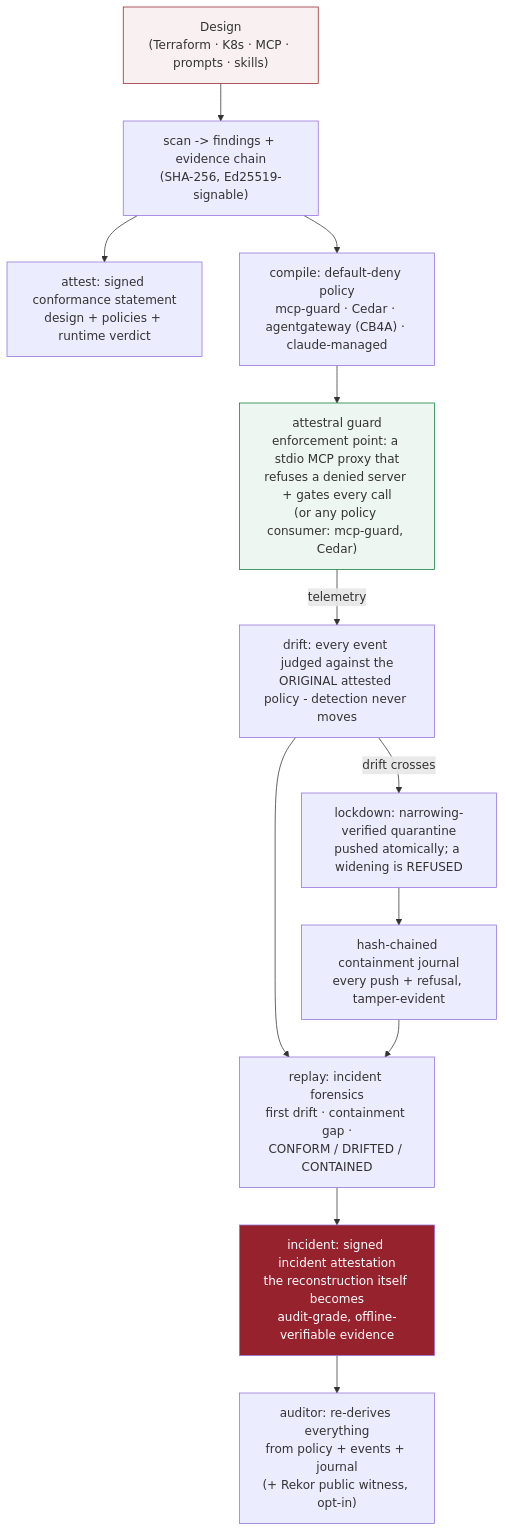
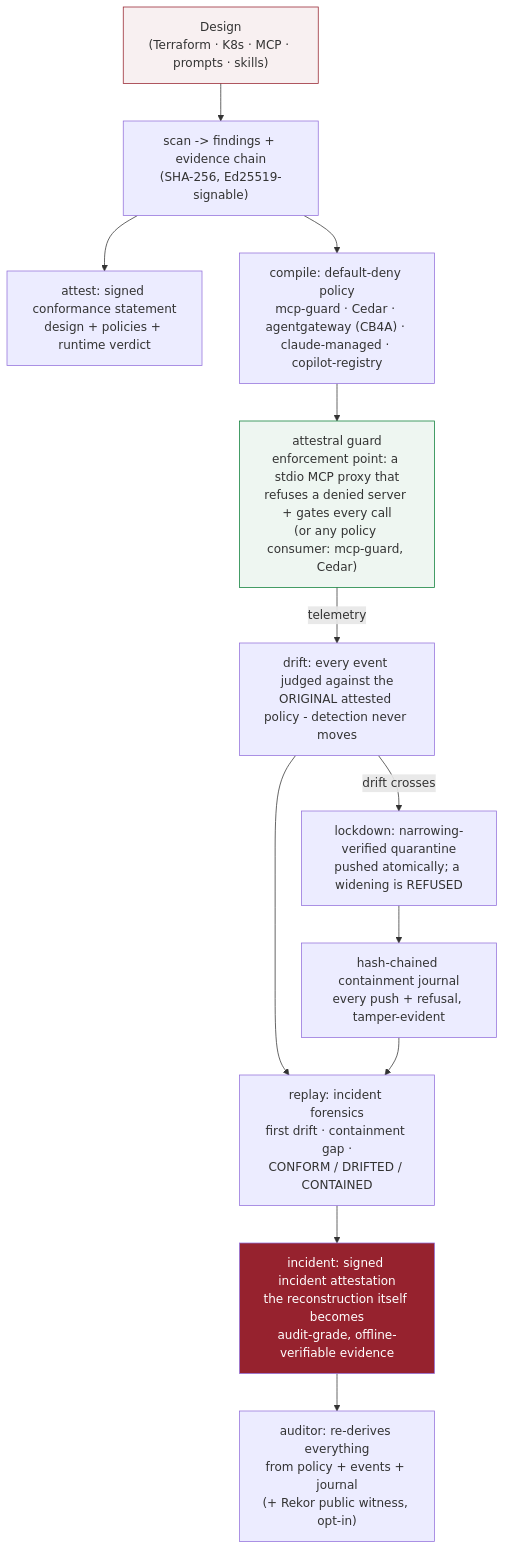
The third of 5 diagrams in README.md (attestral-labs/attestral), drawn with Mermaid before and after one commit. The commit also changed other lines of this file and 5 other files, not shown here.

````diff
--- a/README.md
+++ b/README.md
@@ -330,17 +330,17 @@
 ```mermaid
 flowchart TB
     DES["Design<br/>(Terraform · K8s · MCP · prompts · skills)"] --> SCAN["scan -> findings + evidence chain<br/>(SHA-256, Ed25519-signable)"]
     SCAN --> ATT["attest: signed conformance statement<br/>design + policies + runtime verdict"]
-    SCAN --> CMP["compile: default-deny policy<br/>mcp-guard · Cedar · agentgateway (CB4A) · claude-managed"]
+    SCAN --> CMP["compile: default-deny policy<br/>mcp-guard · Cedar · agentgateway (CB4A) · claude-managed · copilot-registry"]
     CMP --> ENF["attestral guard<br/>enforcement point: a stdio MCP proxy that<br/>refuses a denied server + gates every call<br/>(or any policy consumer: mcp-guard, Cedar)"]
     ENF -->|telemetry| DRIFT["drift: every event judged against the<br/>ORIGINAL attested policy - detection never moves"]
     DRIFT -->|"drift crosses"| LOCK["lockdown: narrowing-verified quarantine<br/>pushed atomically; a widening is REFUSED"]
     LOCK --> JRNL["hash-chained containment journal<br/>every push + refusal, tamper-evident"]
     DRIFT --> RPL["replay: incident forensics<br/>first drift · containment gap ·<br/>CONFORM / DRIFTED / CONTAINED"]
     JRNL --> RPL
     RPL --> INC2["incident: signed incident attestation<br/>the reconstruction itself becomes<br/>audit-grade, offline-verifiable evidence"]
     INC2 --> AUD["auditor: re-derives everything<br/>from policy + events + journal<br/>(+ Rekor public witness, opt-in)"]
     style DES fill:#96222E11,stroke:#96222E
     style ENF fill:#0a7d3611,stroke:#0a7d36
     style INC2 fill:#96222E,color:#fff
 ```
````
